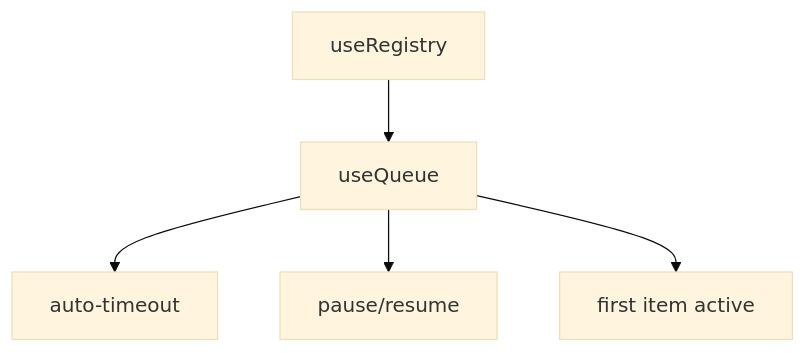
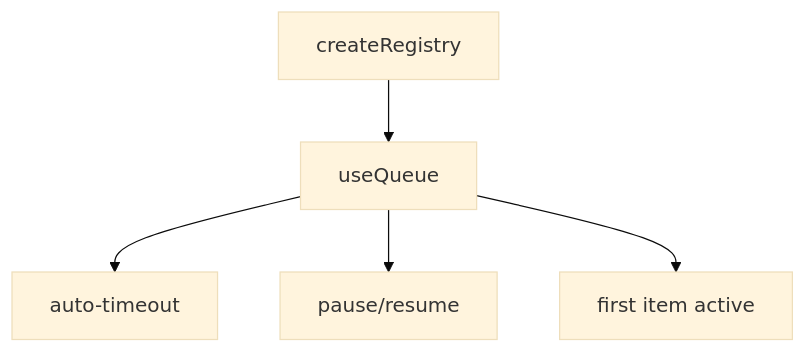
The diagram in apps/docs/src/pages/composables/registration/create-queue.md (vuetifyjs/0), drawn with Mermaid (base theme) before and after one commit. The commit also changed other lines of this file and 33 other files, not shown here.

````diff
--- a/apps/docs/src/pages/composables/registration/create-queue.md
+++ b/apps/docs/src/pages/composables/registration/create-queue.md
@@ -47,7 +47,7 @@
 ```mermaid "Queue Hierarchy"
 flowchart TD
-  useRegistry --> useQueue
+  createRegistry --> useQueue
   useQueue --> timeout[auto-timeout]
   useQueue --> pause/resume
   useQueue --> first[first item active]
 ```
````
